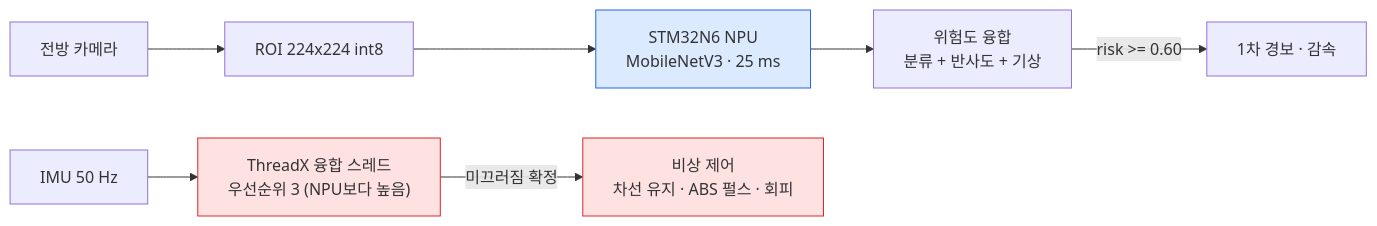
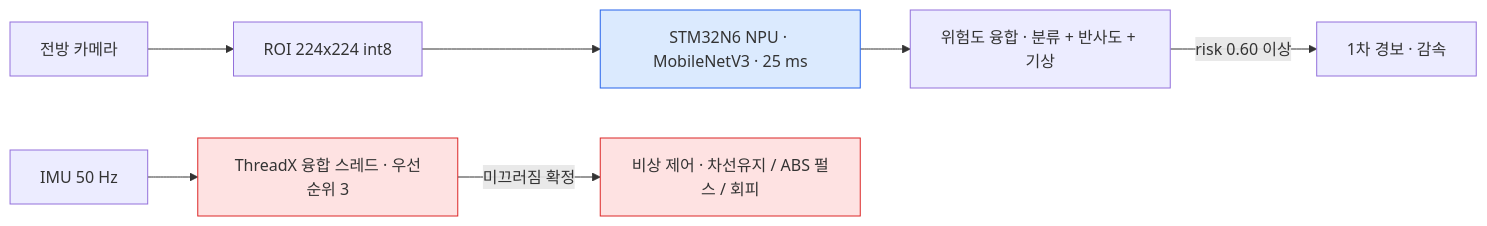
One commit to gkgk0119gmail-arch/2026ESWContest_mobility_ARTS changed the diagram in README.md. Above: the diagram before and after it, drawn with Mermaid. The commit also changed other lines of this file and 13 other files, not shown here.

First line of the commit message:
README: 하드웨어·데이터셋 사진과 파라미터 추가, mermaid 깨짐 수정

````diff
--- a/README.md
+++ b/README.md
@@ -31,14 +31,14 @@
 ```mermaid
 flowchart LR
-    CAM[전방 카메라] --> ROI[ROI 224x224 int8]
-    ROI --> NPU["STM32N6 NPU<br/>MobileNetV3 · 25 ms"]
-    NPU --> FUSE["위험도 융합<br/>분류 + 반사도 + 기상"]
-    FUSE -->|risk >= 0.60| BRAKE[1차 경보 · 감속]
+    CAM["전방 카메라"] --> ROI["ROI 224x224 int8"]
+    ROI --> NPU["STM32N6 NPU · MobileNetV3 · 25 ms"]
+    NPU --> FUSE["위험도 융합 · 분류 + 반사도 + 기상"]
+    FUSE -->|"risk 0.60 이상"| BRAKE["1차 경보 · 감속"]
 
-    IMU[IMU 50 Hz] --> TH["ThreadX 융합 스레드<br/>우선순위 3 (NPU보다 높음)"]
-    TH -->|미끄러짐 확정| CTRL["비상 제어<br/>차선 유지 · ABS 펄스 · 회피"]
+    IMU["IMU 50 Hz"] --> TH["ThreadX 융합 스레드 · 우선순위 3"]
+    TH -->|"미끄러짐 확정"| CTRL["비상 제어 · 차선유지 / ABS 펄스 / 회피"]
 
     style NPU fill:#dbeafe,stroke:#2563eb
     style TH fill:#fee2e2,stroke:#dc2626
     style CTRL fill:#fee2e2,stroke:#dc2626
 ```
````
